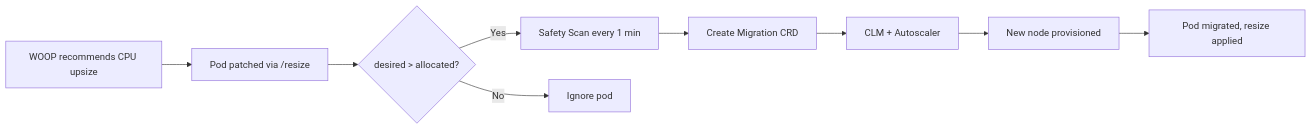
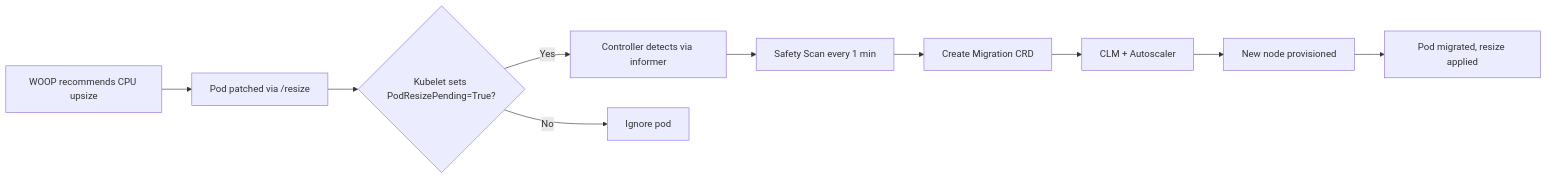
One commit to ronakforcast/castai-workload-resize-migrator changed the first of 4 diagrams in README.md. Above: the diagram before and after it, drawn with Mermaid. The commit also changed other lines of this file and 7 other files, not shown here.

First line of the commit message:
Switch to PodResizePending condition-based detection

````diff
--- a/README.md
+++ b/README.md
@@ -33,11 +33,12 @@
 ```mermaid
 flowchart LR
     WOOP[WOOP recommends CPU upsize] --> Pod[Pod patched via /resize]
-    Pod --> Controller{desired > allocated?}
-    Controller -->|Yes| SafetyScan[Safety Scan every 1 min]
+    Pod --> Kubelet{Kubelet sets PodResizePending=True?}
+    Kubelet -->|Yes| Controller[Controller detects via informer]
+    Controller --> SafetyScan[Safety Scan every 1 min]
     SafetyScan --> Migrator[Create Migration CRD]
     Migrator --> CLM[CLM + Autoscaler]
     CLM --> NewNode[New node provisioned]
     NewNode --> Migrated[Pod migrated, resize applied]
-    Controller -->|No| Skip[Ignore pod]
+    Kubelet -->|No| Skip[Ignore pod]
 ```
````
